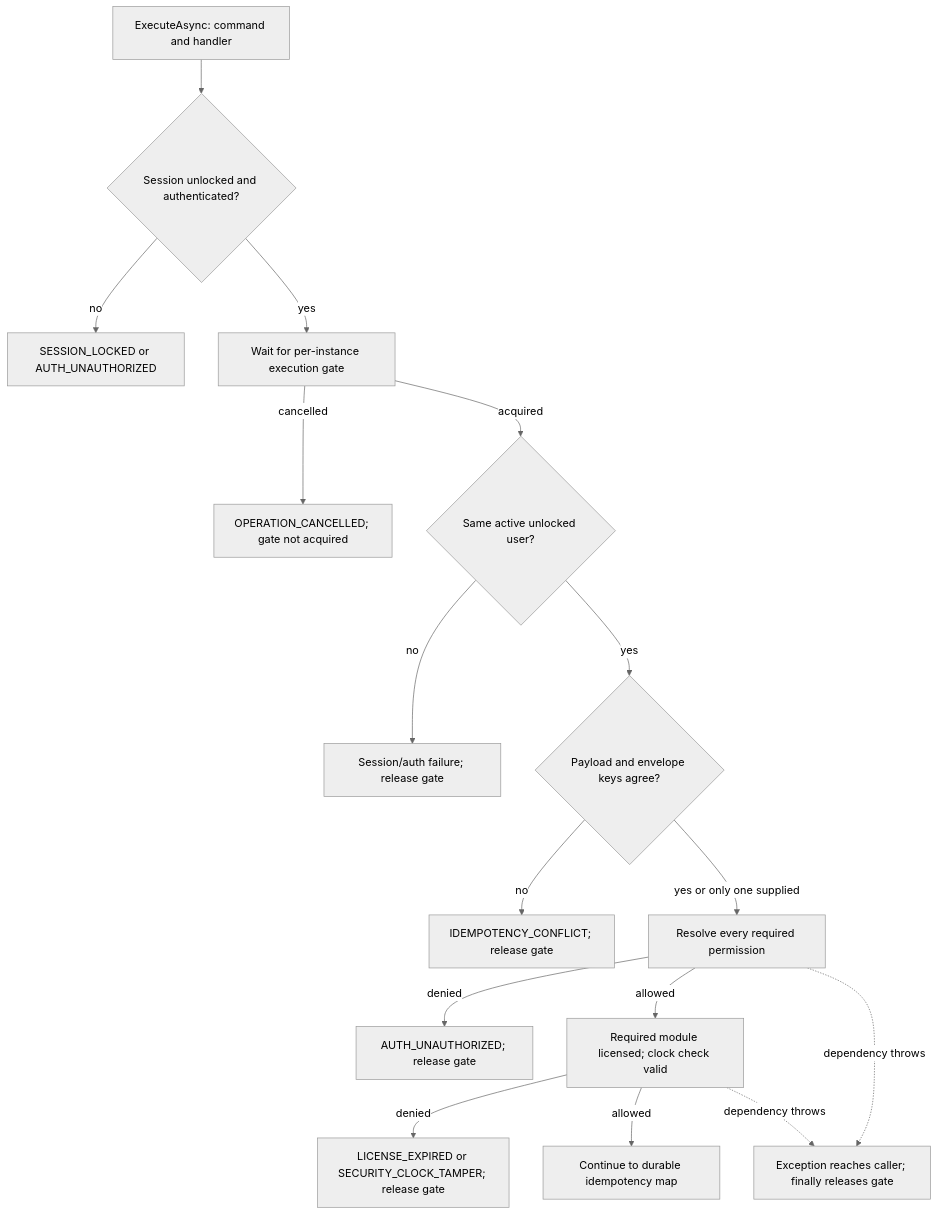
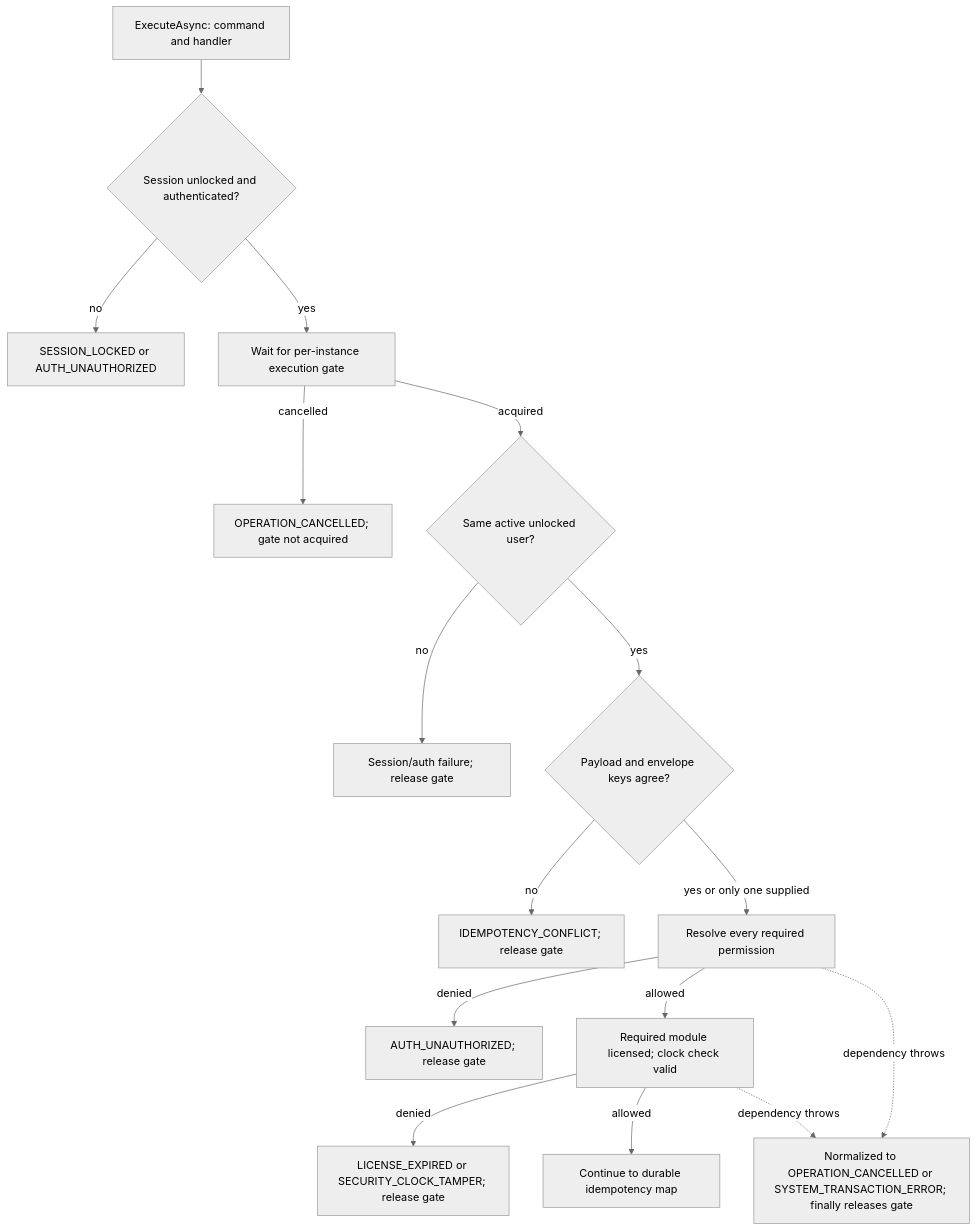
Before and after one commit to getseek/pos: the first of 3 diagrams in docs/review/pipeline.md, drawn with Mermaid (neutral theme). The commit also changed other lines of this file and 21 other files, not shown here.

````diff
--- a/docs/review/pipeline.md
+++ b/docs/review/pipeline.md
@@ -18,18 +18,18 @@
 ```mermaid
 flowchart TD
     A["ExecuteAsync: command and handler"] --> S{"Session unlocked and authenticated?"}
     S -->|no| Deny["SESSION_LOCKED or AUTH_UNAUTHORIZED"]
     S -->|yes| Wait["Wait for per-instance execution gate"]
     Wait -->|cancelled| Cancel["OPERATION_CANCELLED; gate not acquired"]
     Wait -->|acquired| Recheck{"Same active unlocked user?"}
     Recheck -->|no| Deny2["Session/auth failure; release gate"]
     Recheck -->|yes| Key{"Payload and envelope keys agree?"}
     Key -->|no| Conflict["IDEMPOTENCY_CONFLICT; release gate"]
     Key -->|yes or only one supplied| Permission["Resolve every required permission"]
     Permission -->|denied| Unauthorized["AUTH_UNAUTHORIZED; release gate"]
     Permission -->|allowed| License["Required module licensed; clock check valid"]
     License -->|denied| Restricted["LICENSE_EXPIRED or SECURITY_CLOCK_TAMPER; release gate"]
     License -->|allowed| Next["Continue to durable idempotency map"]
-    Permission -.->|dependency throws| Caller["Exception reaches caller; finally releases gate"]
-    License -.->|dependency throws| Caller
+    Permission -.->|dependency throws| Boundary["Normalized to OPERATION_CANCELLED or SYSTEM_TRANSACTION_ERROR; finally releases gate"]
+    License -.->|dependency throws| Boundary
 ```
````
